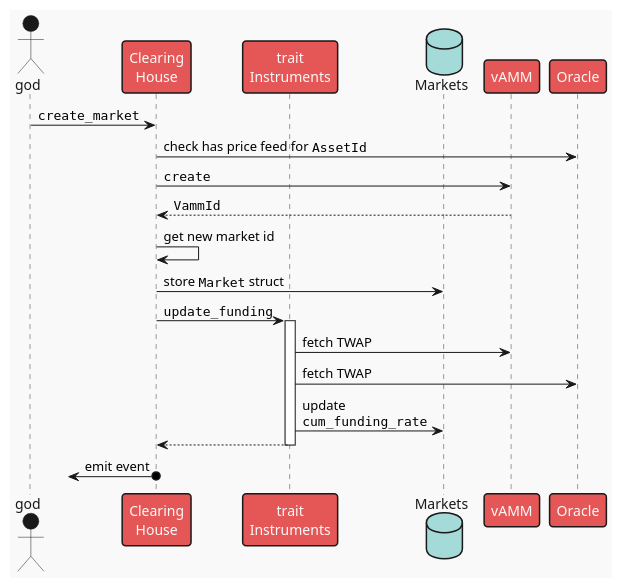
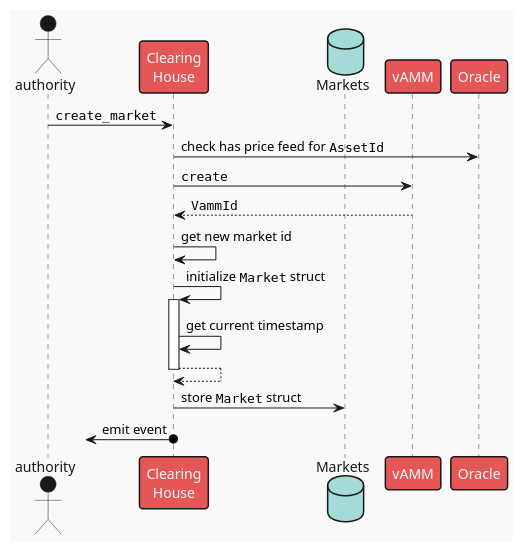
One commit to ComposableFi/composable changed the diagram in frame/clearing-house/diagrams/create-market.plantuml. Above: the diagram before and after it, drawn with PlantUML. The commit also changed 1 other file, not shown here.

Commit message:
docs(CH): update diagrams
* Remove `update_funding` and write access from Instruments trait
* Remove Instruments from `create_market`

```diff
--- a/frame/clearing-house/diagrams/create-market.plantuml
+++ b/frame/clearing-house/diagrams/create-market.plantuml
@@ -1,29 +1,26 @@
 @startuml create_market
 !theme mars
 
-actor "god" as g
+actor "authority" as g
 participant "Clearing\nHouse" as ch
-participant "trait\nInstruments" as inst
 database "Markets" as markets
 participant "vAMM" as vamm
 participant "Oracle" as oracle 
 
 g -> ch : ""create_market""
 
 ch -> oracle : check has price feed for ""AssetId""
 
 ch -> vamm : ""create""
 return ""VammId""
 
 ch -> ch : get new market id
 
+ch -> ch ++: initialize ""Market"" struct
+ch -> ch: get current timestamp
+return
+
 ch -> markets : store ""Market"" struct
-
-ch -> inst ++: ""update_funding""
-inst -> vamm: fetch TWAP
-inst -> oracle: fetch TWAP
-inst -> markets : update\n""cum_funding_rate""
-return
 
 ?<-o ch : emit event
 @enduml
```
